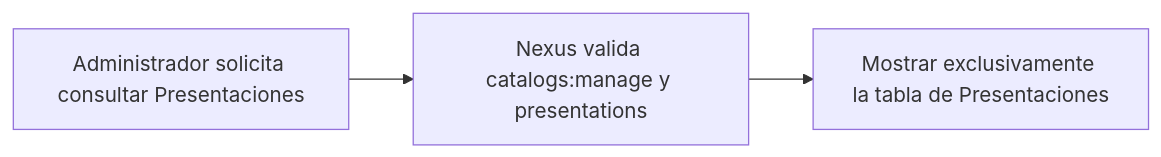
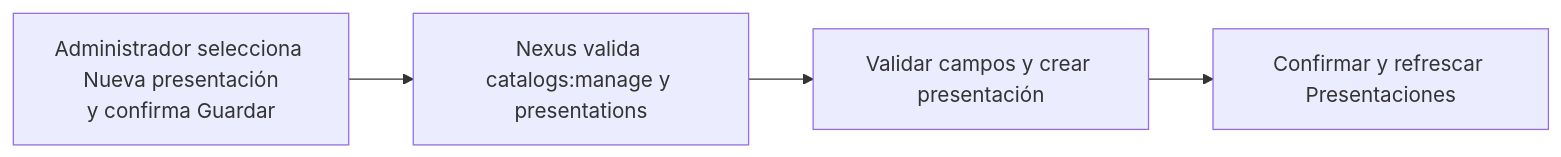
The diagram in docs/requirements/diagrams/catalogs/cu-cat-16.md (gpgsistemas01/nexus), drawn with Mermaid before and after one commit. The commit also changed other lines of this file and 167 other files, not shown here.

````diff
--- a/docs/requirements/diagrams/catalogs/cu-cat-16.md
+++ b/docs/requirements/diagrams/catalogs/cu-cat-16.md
@@ -3,5 +3,6 @@
 ```mermaid
 flowchart LR
-    request["Administrador solicita consultar Presentaciones"] --> authorize["Nexus valida catalogs:manage y presentations"]
-    authorize --> result["Mostrar exclusivamente la tabla de Presentaciones"]
+    request["Administrador selecciona Nueva presentación<br/>y confirma Guardar"] --> authorize["Nexus valida catalogs:manage y presentations"]
+    authorize --> persist["Validar campos y crear presentación"]
+    persist --> result["Confirmar y refrescar Presentaciones"]
 ```
````
